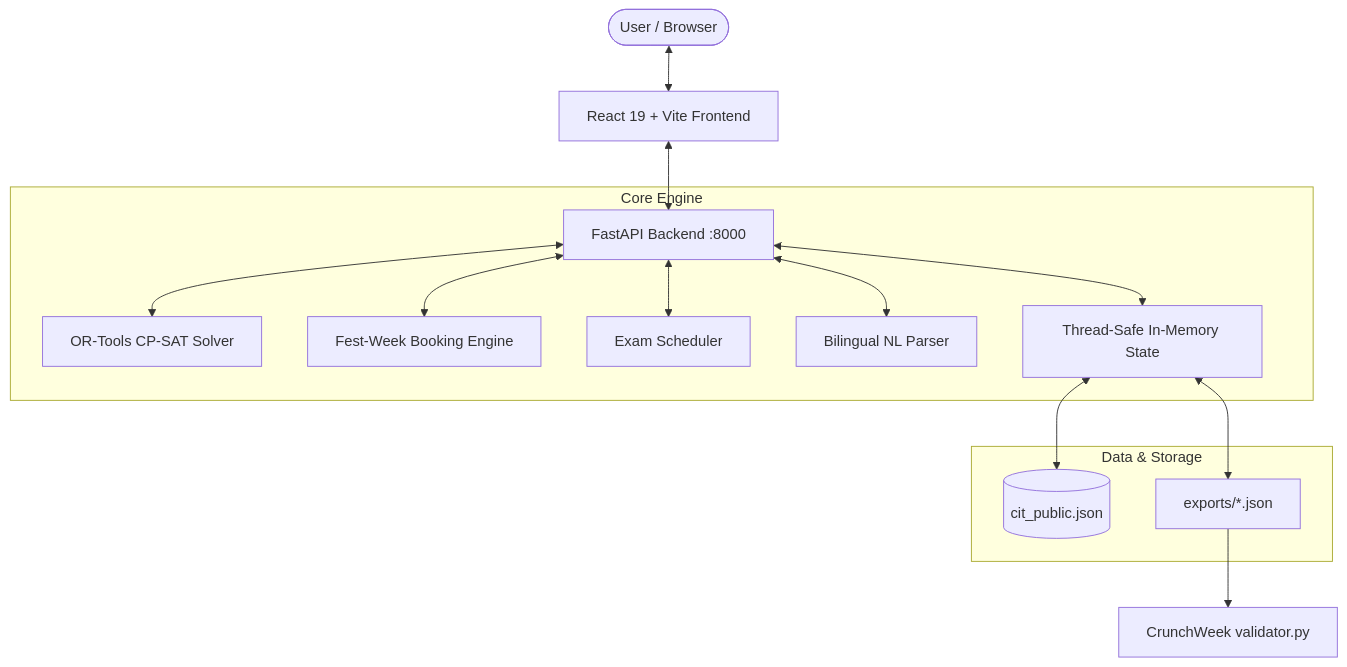
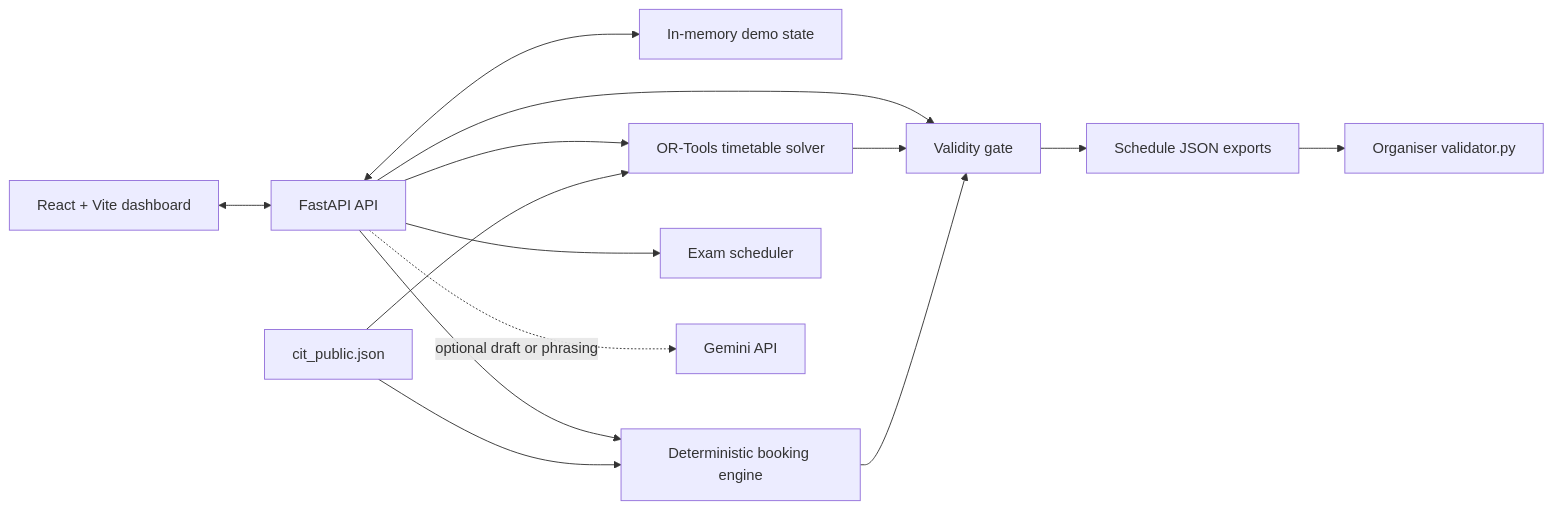
One commit to overclocked4r2/InCIT changed the diagram in README.md. Above: the diagram before and after it, drawn with Mermaid. The commit also changed other lines of this file and 3 other files, not shown here.

Commit message:
clean setup and project architecture

````diff
--- a/README.md
+++ b/README.md
@@ -70,20 +18,16 @@
 ```mermaid
-graph TD
-    User([User / Browser]) <--> Frontend[React 19 + Vite Frontend]
-    Frontend <--> API[FastAPI Backend :8000]
-    
-    subgraph Core Engine
-        API <--> Solver[OR-Tools CP-SAT Solver]
-        API <--> Booking[Fest-Week Booking Engine]
-        API <--> Exam[Exam Scheduler]
-        API <--> NL[Bilingual NL Parser]
-        API <--> State[Thread-Safe In-Memory State]
-    end
-    
-    subgraph Data & Storage
-        State <--> Dataset[(cit_public.json)]
-        State <--> Exports[exports/*.json]
-    end
-
-    Exports --> Validator[CrunchWeek validator.py]
+flowchart LR
+    Browser[React + Vite dashboard] <--> API[FastAPI API]
+    API <--> State[In-memory demo state]
+    API --> Solver[OR-Tools timetable solver]
+    API --> Booking[Deterministic booking engine]
+    API --> Exams[Exam scheduler]
+    API --> Gate[Validity gate]
+    API -. optional draft or phrasing .-> Gemini[Gemini API]
+    Dataset[cit_public.json] --> Solver
+    Dataset --> Booking
+    Solver --> Gate
+    Booking --> Gate
+    Gate --> Exports[Schedule JSON exports]
+    Exports --> Validator[Organiser validator.py]
 ```
````
